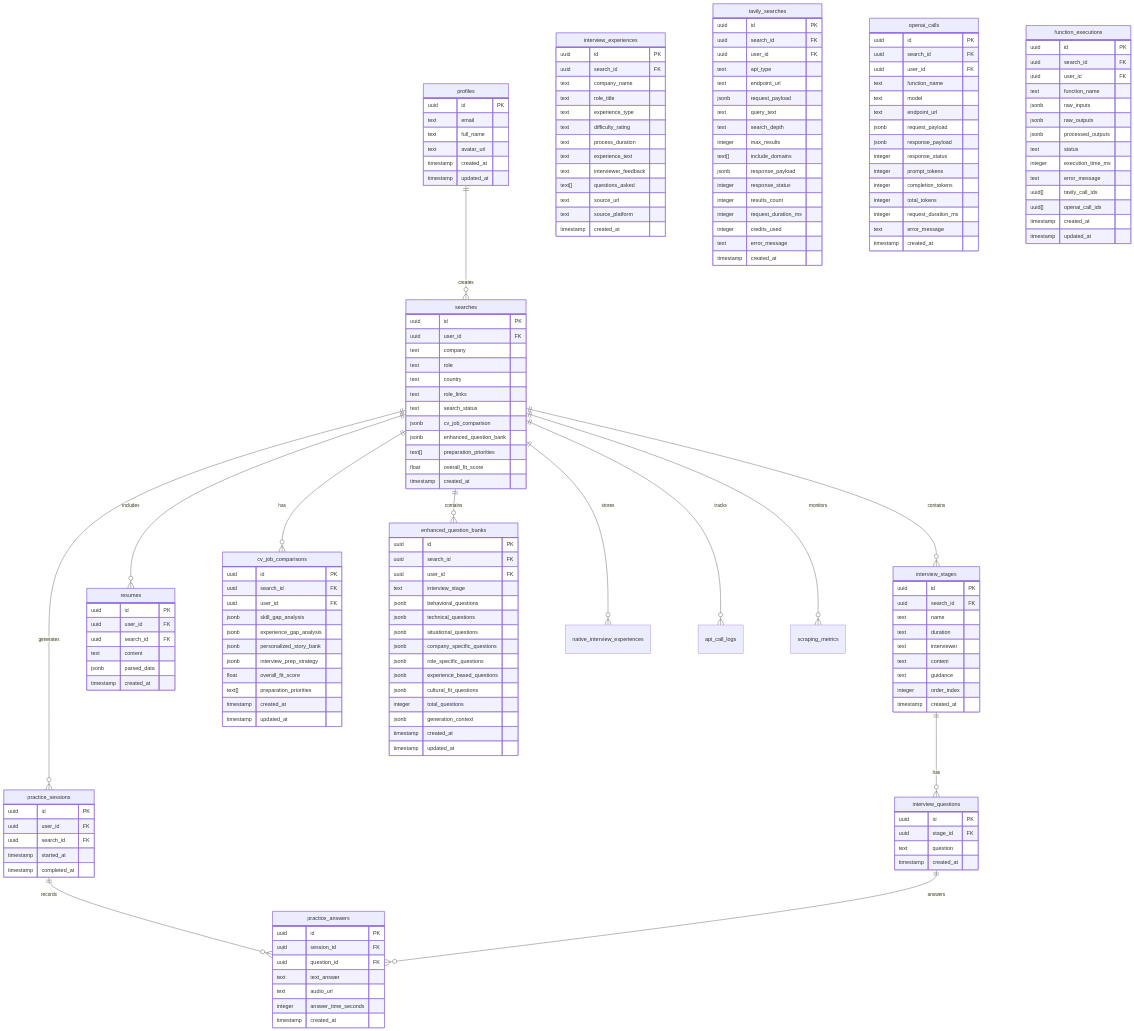
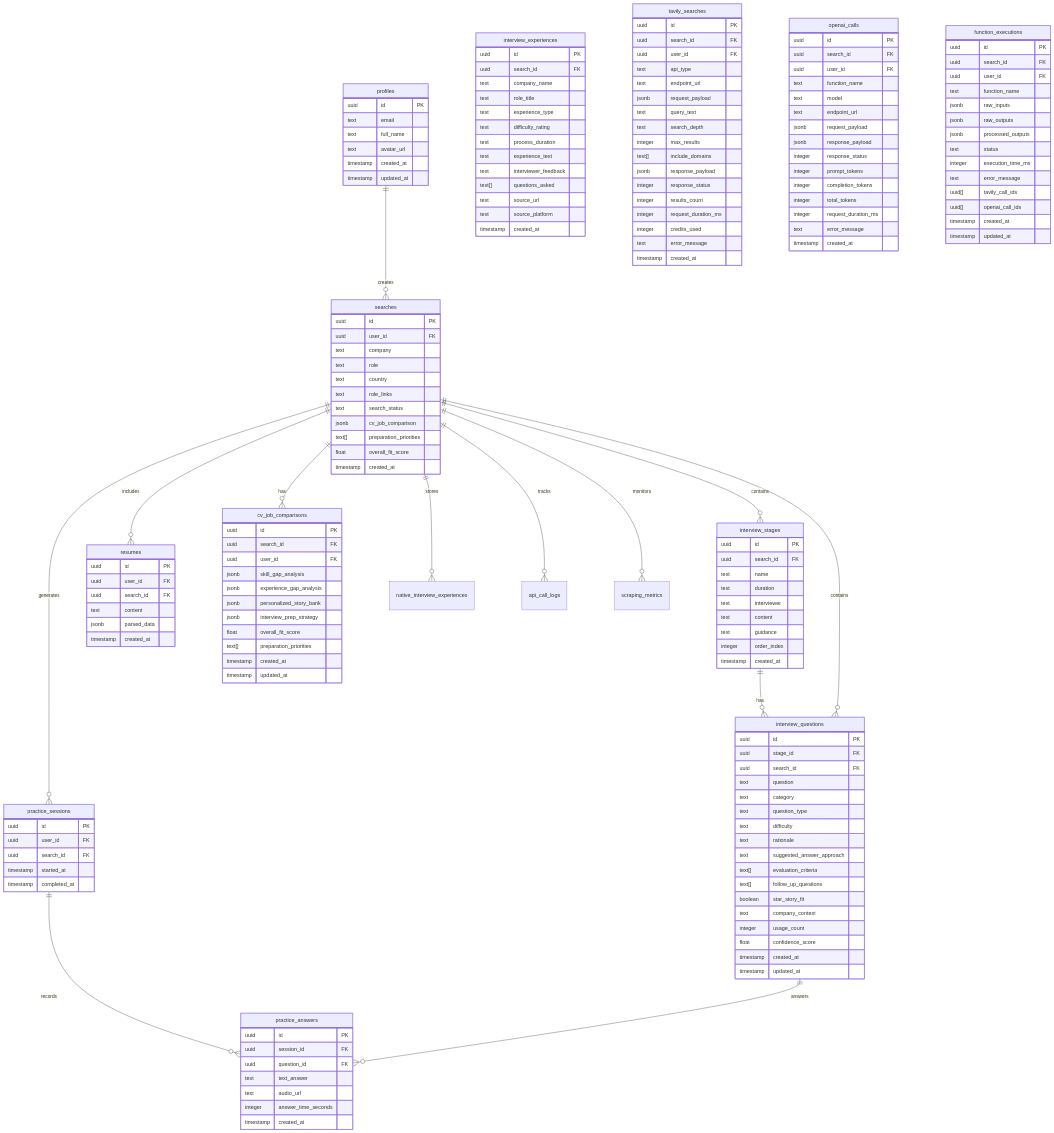
Before and after one commit to Akkkkkkki/intel-prep-ace: the diagram in docs/TECHNICAL_DESIGN.md, drawn with Mermaid. The commit also changed other lines of this file and 8 other files, not shown here.

First line of the commit message:
feat: consolidate interview questions into single enhanced table

```diff
--- a/docs/TECHNICAL_DESIGN.md
+++ b/docs/TECHNICAL_DESIGN.md
@@ -99,11 +99,11 @@
     searches ||--o{ resumes : includes
     searches ||--o{ practice_sessions : generates
     searches ||--o{ cv_job_comparisons : has
-    searches ||--o{ enhanced_question_banks : contains
     searches ||--o{ native_interview_experiences : stores
     searches ||--o{ api_call_logs : tracks
     searches ||--o{ scraping_metrics : monitors
     interview_stages ||--o{ interview_questions : has
+    searches ||--o{ interview_questions : contains
     practice_sessions ||--o{ practice_answers : records
     interview_questions ||--o{ practice_answers : answers
     
@@ -125,7 +125,6 @@
         text role_links
         text search_status
         jsonb cv_job_comparison
-        jsonb enhanced_question_bank
         text[] preparation_priorities
         float overall_fit_score
         timestamp created_at
@@ -146,8 +145,21 @@
     interview_questions {
         uuid id PK
         uuid stage_id FK
+        uuid search_id FK
         text question
+        text category
+        text question_type
+        text difficulty
+        text rationale
+        text suggested_answer_approach
+        text[] evaluation_criteria
+        text[] follow_up_questions
+        boolean star_story_fit
+        text company_context
+        integer usage_count
+        float confidence_score
         timestamp created_at
+        timestamp updated_at
     }
     
     resumes {
@@ -173,23 +185,7 @@
         timestamp updated_at
     }
     
-    enhanced_question_banks {
-        uuid id PK
-        uuid search_id FK
-        uuid user_id FK
-        text interview_stage
-        jsonb behavioral_questions
-        jsonb technical_questions
-        jsonb situational_questions
-        jsonb company_specific_questions
-        jsonb role_specific_questions
-        jsonb experience_based_questions
-        jsonb cultural_fit_questions
-        integer total_questions
-        jsonb generation_context
-        timestamp created_at
-        timestamp updated_at
-    }
+
     
     interview_experiences {
         uuid id PK
```
